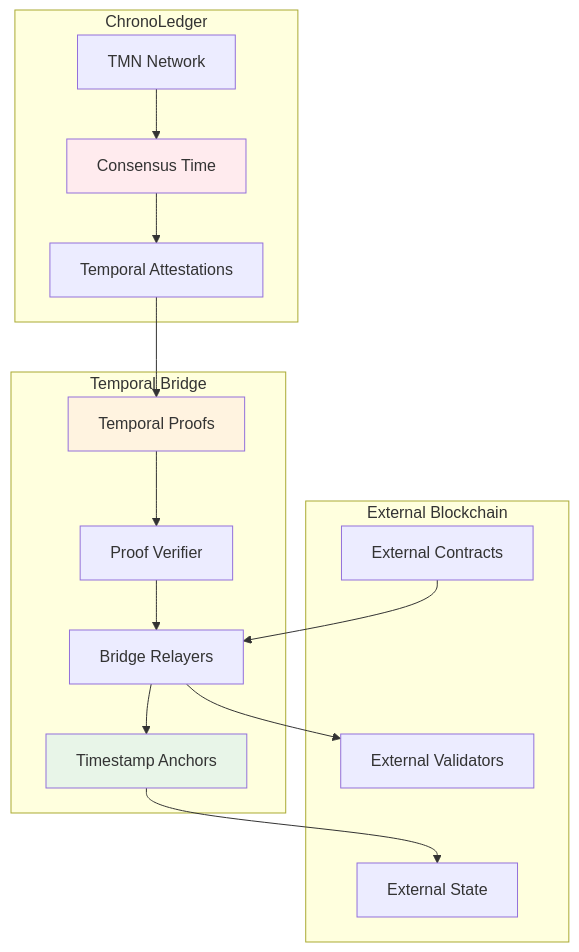
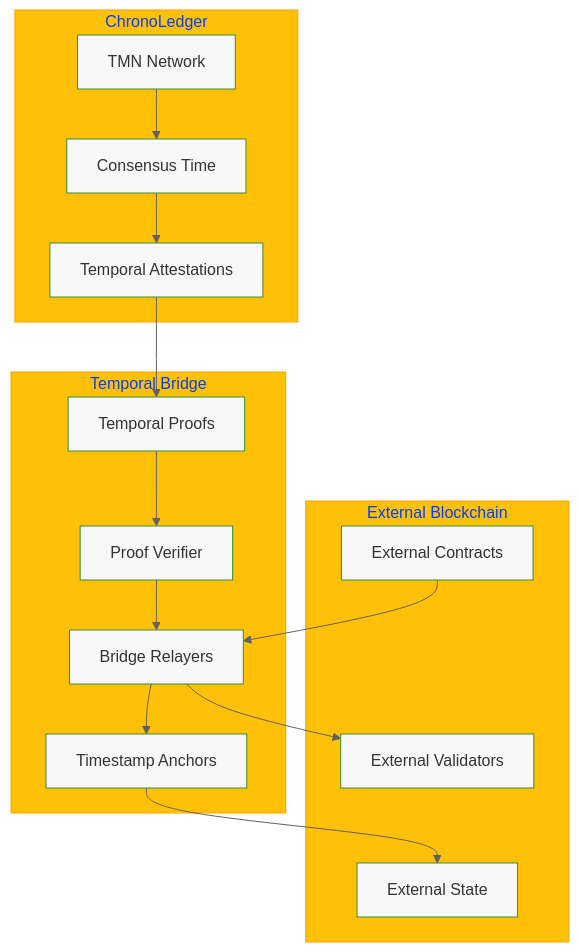
Before and after one commit to nshkrdotcom/ChronoLedger: the eighth of 10 diagrams in docs/architecture.md, drawn with Mermaid. The commit also changed other lines of this file and 6 other files, not shown here.

````diff
--- a/docs/architecture.md
+++ b/docs/architecture.md
@@ -404,37 +456,44 @@
 ```mermaid
+%%{init: {'theme': 'base', 'themeVariables': {
+    'primaryColor': '#4CAF50',
+    'primaryBorderColor': '#388E3C',
+    'secondaryColor': '#2196F3',
+    'secondaryBorderColor': '#1976D2',
+    'tertiaryColor': '#FFC107',
+    'tertiaryBorderColor': '#FFA000',
+    'lineColor': '#616161',
+    'textColor': '#212121',
+    'mainBkg': '#F8F8F8'
+}}}%%
 graph TB
     subgraph "External Blockchain"
         EXT_CONTRACTS[External Contracts]
         EXT_VALIDATORS[External Validators]
         EXT_STATE[External State]
     end
     
     subgraph "Temporal Bridge"
         RELAYERS[Bridge Relayers]
         ANCHORS[Timestamp Anchors]
         PROOFS[Temporal Proofs]
         VERIFIER[Proof Verifier]
     end
     
     subgraph "ChronoLedger"
         TMN_NETWORK[TMN Network]
         CONSENSUS_TIME[Consensus Time]
         ATTESTATIONS[Temporal Attestations]
     end
     
     EXT_CONTRACTS --> RELAYERS
     RELAYERS --> ANCHORS
     ANCHORS --> EXT_STATE
     
     TMN_NETWORK --> CONSENSUS_TIME
     CONSENSUS_TIME --> ATTESTATIONS
     ATTESTATIONS --> PROOFS
     
     PROOFS --> VERIFIER
     VERIFIER --> RELAYERS
     RELAYERS --> EXT_VALIDATORS
-    
-    style ANCHORS fill:#e8f5e8
-    style PROOFS fill:#fff3e0
-    style CONSENSUS_TIME fill:#ffebee
 ```
````
